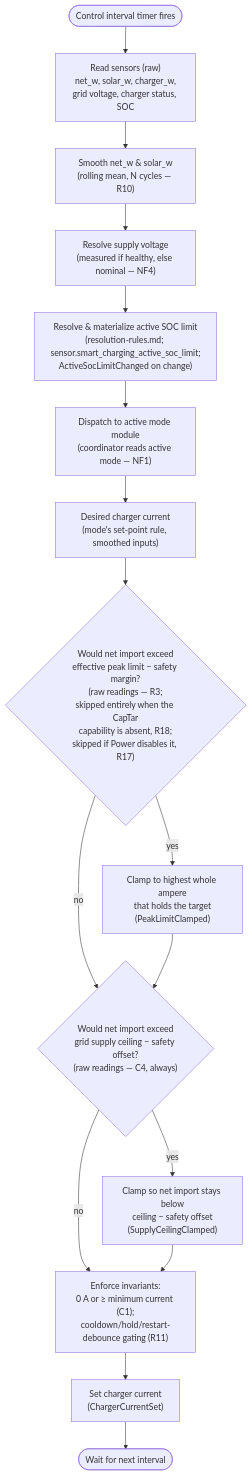
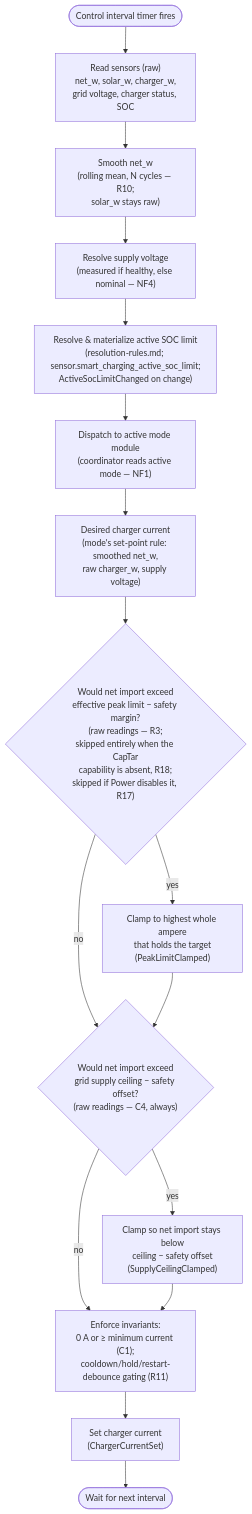
The diagram in docs/analysis/control-cycle.md (kristofdegrave/homeassistant-smart-charging), drawn with Mermaid before and after one commit. The commit also changed other lines of this file and 5 other files, not shown here.

First line of the commit message:
docs: solar_power is read raw, never smoothed -- simplify R10/control-cycle (#955)

````diff
--- a/docs/analysis/control-cycle.md
+++ b/docs/analysis/control-cycle.md
@@ -60,18 +60,18 @@
 ```mermaid
 flowchart TD
     Timer(["Control interval timer fires"]) --> Read["Read sensors (raw)<br/>net_w, solar_w, charger_w,<br/>grid voltage, charger status, SOC"]
-    Read --> Smooth["Smooth net_w & solar_w<br/>(rolling mean, N cycles — R10)"]
+    Read --> Smooth["Smooth net_w<br/>(rolling mean, N cycles — R10;<br/>solar_w stays raw)"]
     Smooth --> Volt["Resolve supply voltage<br/>(measured if healthy, else nominal — NF4)"]
     Volt --> SocLimit["Resolve & materialize active SOC limit<br/>(resolution-rules.md; sensor.smart_charging_active_soc_limit;<br/>ActiveSocLimitChanged on change)"]
     SocLimit --> Dispatch["Dispatch to active mode module<br/>(coordinator reads active mode — NF1)"]
-    Dispatch --> Desired["Desired charger current<br/>(mode's set-point rule, smoothed inputs)"]
+    Dispatch --> Desired["Desired charger current<br/>(mode's set-point rule: smoothed net_w,<br/>raw charger_w, supply voltage)"]
     Desired --> Peak{"Would net import exceed<br/>effective peak limit − safety margin?<br/>(raw readings — R3;<br/>skipped entirely when the CapTar<br/>capability is absent, R18;<br/>skipped if Power disables it, R17)"}
     Peak -->|yes| Clamp["Clamp to highest whole ampere<br/>that holds the target<br/>(PeakLimitClamped)"]
     Peak -->|no| Ceiling
     Clamp --> Ceiling{"Would net import exceed<br/>grid supply ceiling − safety offset?<br/>(raw readings — C4, always)"}
     Ceiling -->|yes| CeilingClamp["Clamp so net import stays below<br/>ceiling − safety offset<br/>(SupplyCeilingClamped)"]
     Ceiling -->|no| Invariant
     CeilingClamp --> Invariant["Enforce invariants:<br/>0 A or ≥ minimum current (C1);<br/>cooldown/hold/restart-debounce gating (R11)"]
     Invariant --> Set["Set charger current<br/>(ChargerCurrentSet)"]
     Set --> Wait(["Wait for next interval"])
 ```
````
